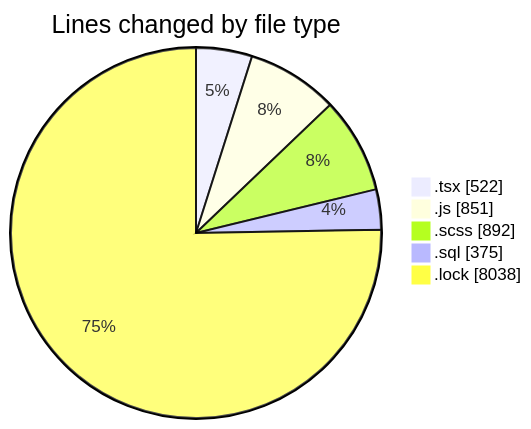
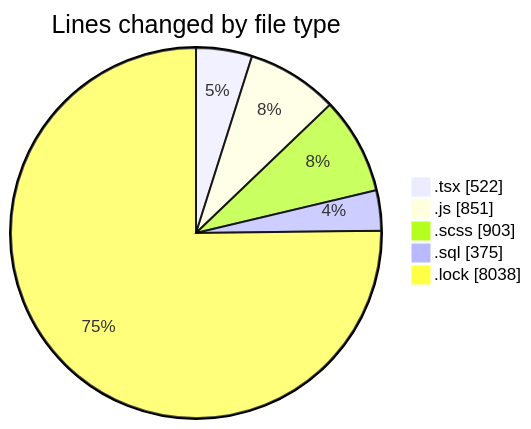
Before and after one commit to momahboobian/code-tracking: the first of 2 diagrams in 2025-03-18/cda/README.md, drawn with Mermaid. The commit also changed other lines of this file and 1 other file, not shown here.

````diff
--- a/2025-03-18/cda/README.md
+++ b/2025-03-18/cda/README.md
@@ -30,9 +30,9 @@
 ```mermaid
 pie showData
 title Lines changed by file type
 ".tsx" : 522
 ".js" : 851
-".scss" : 892
+".scss" : 903
 ".sql" : 375
 ".lock" : 8038
 ```
````
